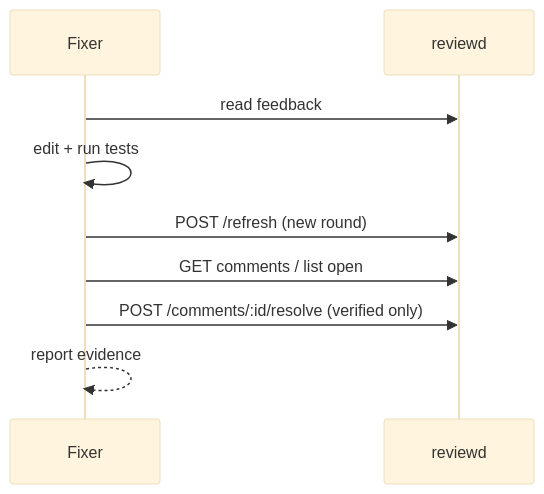
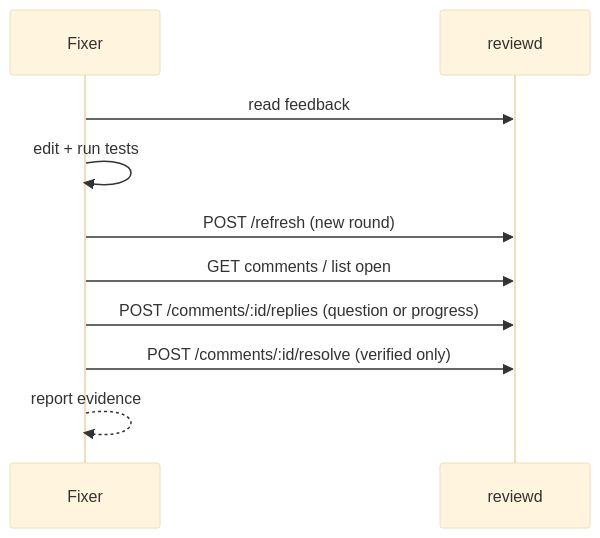
Before and after one commit to AKhasa9ov/reviewd: the diagram in docs/agents/fixer.md, drawn with Mermaid (base theme). The commit also changed other lines of this file and 37 other files, not shown here.

````diff
--- a/docs/agents/fixer.md
+++ b/docs/agents/fixer.md
@@ -49,11 +49,12 @@
 ```mermaid
 sequenceDiagram
   participant F as Fixer
   participant D as reviewd
   F->>D: read feedback
   F->>F: edit + run tests
   F->>D: POST /refresh (new round)
   F->>D: GET comments / list open
+  F->>D: POST /comments/:id/replies (question or progress)
   F->>D: POST /comments/:id/resolve (verified only)
   F-->>F: report evidence
 ```
````
